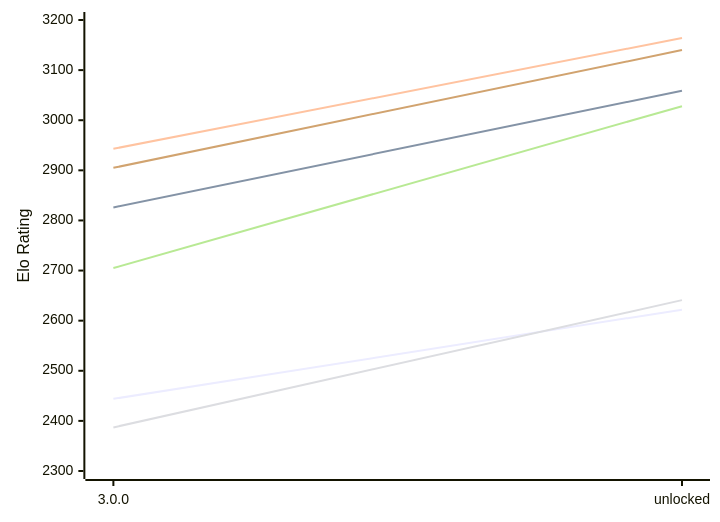
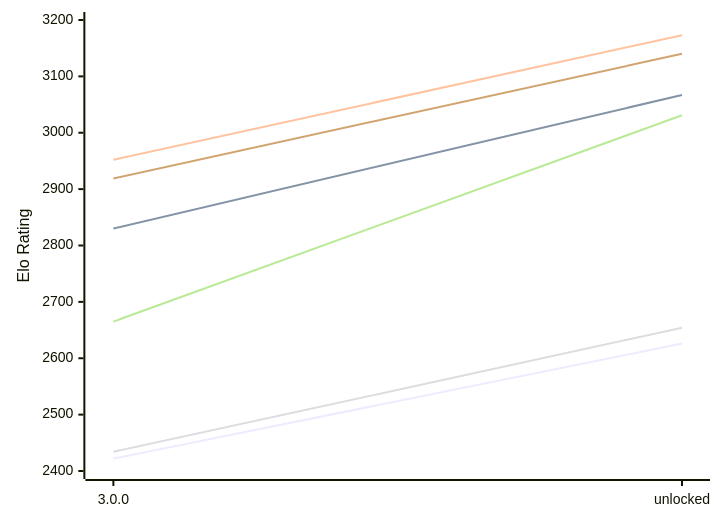
The first of 2 diagrams in engines/Potential.md (computer-chess-index/cci), drawn with Mermaid before and after one commit. The commit also changed other lines of this file, not shown here.

Commit message:
Update CCI Ratings (ELO VLTC) - 2026-11-16

````diff
--- a/engines/Potential.md
+++ b/engines/Potential.md
@@ -51,12 +51,12 @@
 ```mermaid
 %%{init: {"theme":"base","themeVariables":{"seriesColors:['#a3a3a3','#222221','#faa371']}}}%%
 xychart-beta
   x-axis ["3.0.0", "unlocked"]
-  y-axis "Elo Rating" 2300 --> 3200
-  line "E1: STC (8.0+0.08s)" [2444, 2622]
-  line "E1: LTC (60.0+0.60s)" [2826, 3059]
-  line "E1: VLTC (2m24s+1.12s)" [2943, 3164]
-  line "P1: STC (8.0+0.08s)" [2387, 2641]
-  line "P1: LTC (60.0+0.60s)" [2705, 3028]
-  line "P1: VLTC (2m24s+1.12s)" [2905, 3140]
+  y-axis "Elo Rating" 2400 --> 3200
+  line "E1: STC (8.0+0.08s)" [2422, 2626]
+  line "E1: LTC (60.0+0.60s)" [2830, 3067]
+  line "E1: VLTC (2m24s+1.12s)" [2952, 3173]
+  line "P1: STC (8.0+0.08s)" [2434, 2654]
+  line "P1: LTC (60.0+0.60s)" [2665, 3031]
+  line "P1: VLTC (2m24s+1.12s)" [2919, 3140]
 ```
````
